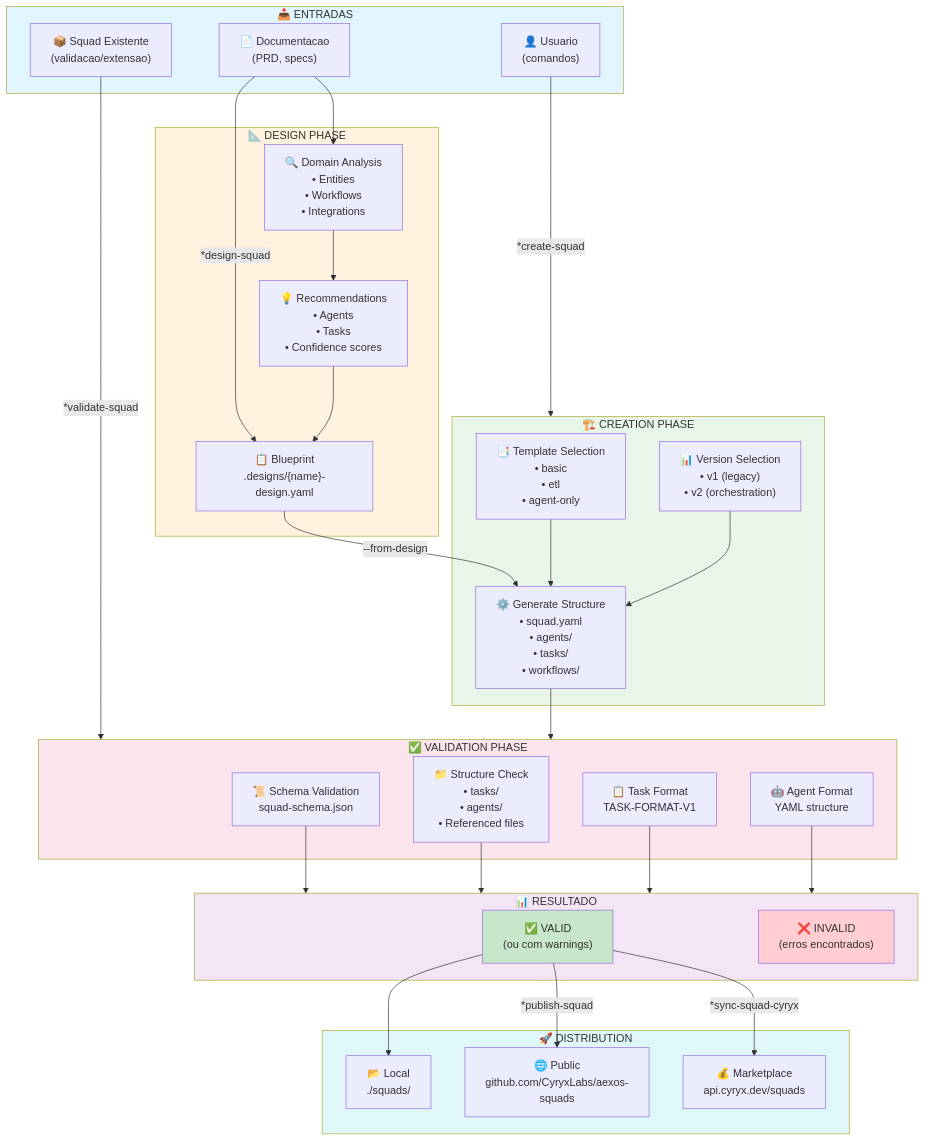
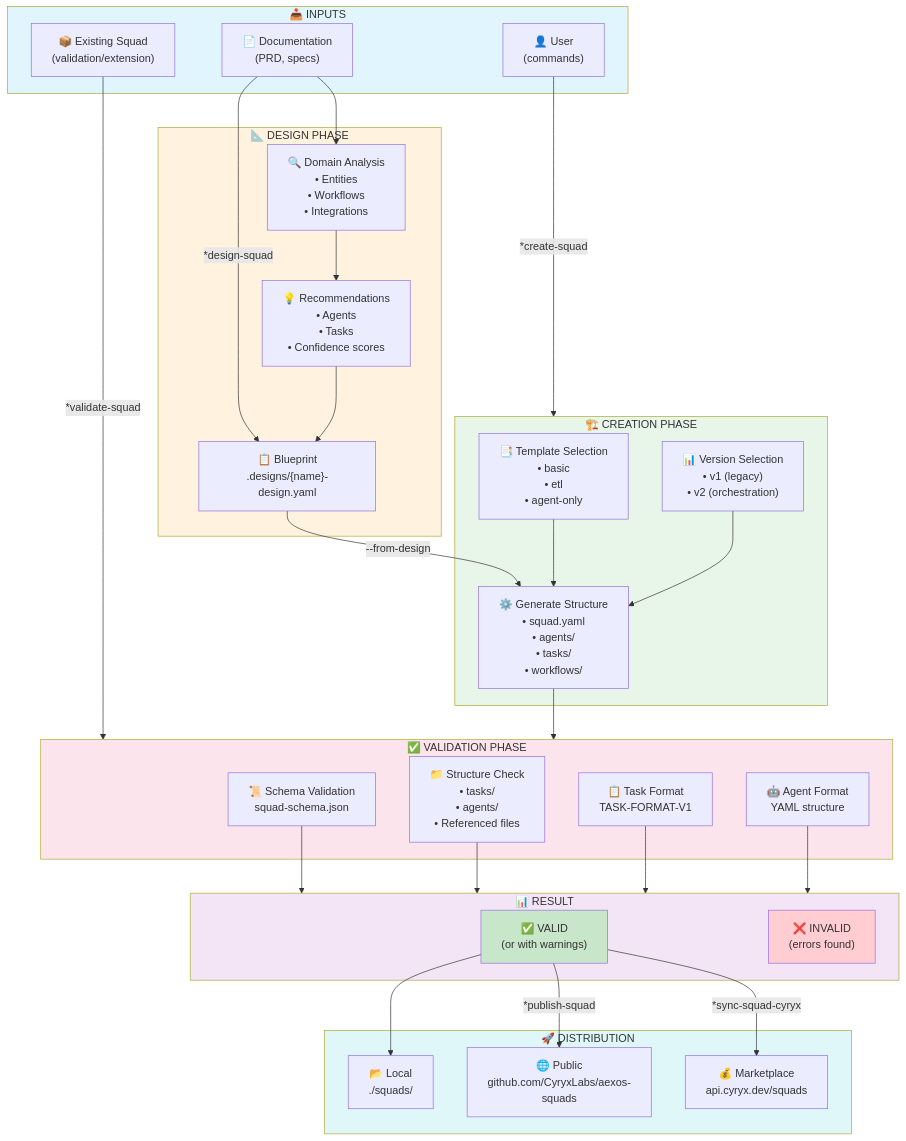
The first of 6 diagrams in docs/guides/agents/SQUAD-CREATOR-SYSTEM.md (CyryxLabs/AEXOS), drawn with Mermaid before and after one commit. The commit also changed other lines of this file and 528 other files, not shown here.

````diff
--- a/docs/guides/agents/SQUAD-CREATOR-SYSTEM.md
+++ b/docs/guides/agents/SQUAD-CREATOR-SYSTEM.md
@@ -107,69 +107,69 @@
 ```mermaid
 flowchart TB
-    subgraph INPUTS["📥 ENTRADAS"]
-        DOCS["📄 Documentacao<br/>(PRD, specs)"]
-        USER["👤 Usuario<br/>(comandos)"]
-        EXISTING["📦 Squad Existente<br/>(validacao/extensao)"]
+    subgraph INPUTS["📥 INPUTS"]
+        DOCS["📄 Documentation<br/>(PRD, specs)"]
+        USER["👤 User<br/>(commands)"]
+        EXISTING["📦 Existing Squad<br/>(validation/extension)"]
     end
 
     DOCS -->|"*design-squad"| BLUEPRINT
     USER -->|"*create-squad"| CREATE
     EXISTING -->|"*validate-squad"| VALIDATE
 
     subgraph DESIGN["📐 DESIGN PHASE"]
         BLUEPRINT["📋 Blueprint<br/>.designs/{name}-design.yaml"]
         ANALYSIS["🔍 Domain Analysis<br/>• Entities<br/>• Workflows<br/>• Integrations"]
         RECOMMEND["💡 Recommendations<br/>• Agents<br/>• Tasks<br/>• Confidence scores"]
     end
 
     DOCS --> ANALYSIS
     ANALYSIS --> RECOMMEND
     RECOMMEND --> BLUEPRINT
 
     subgraph CREATE["🏗️ CREATION PHASE"]
         TEMPLATE["📑 Template Selection<br/>• basic<br/>• etl<br/>• agent-only"]
         VERSION["📊 Version Selection<br/>• v1 (legacy)<br/>• v2 (orchestration)"]
         GENERATE["⚙️ Generate Structure<br/>• squad.yaml<br/>• agents/<br/>• tasks/<br/>• workflows/"]
     end
 
     BLUEPRINT -->|"--from-design"| GENERATE
     TEMPLATE --> GENERATE
     VERSION --> GENERATE
 
     subgraph VALIDATE["✅ VALIDATION PHASE"]
         SCHEMA["📜 Schema Validation<br/>squad-schema.json"]
         STRUCTURE["📁 Structure Check<br/>• tasks/<br/>• agents/<br/>• Referenced files"]
         TASK_FMT["📋 Task Format<br/>TASK-FORMAT-V1"]
         AGENT_FMT["🤖 Agent Format<br/>YAML structure"]
     end
 
     GENERATE --> VALIDATE
     SCHEMA --> RESULT
     STRUCTURE --> RESULT
     TASK_FMT --> RESULT
     AGENT_FMT --> RESULT
 
-    subgraph RESULT["📊 RESULTADO"]
-        VALID["✅ VALID<br/>(ou com warnings)"]
-        INVALID["❌ INVALID<br/>(erros encontrados)"]
+    subgraph RESULT["📊 RESULT"]
+        VALID["✅ VALID<br/>(or with warnings)"]
+        INVALID["❌ INVALID<br/>(errors found)"]
     end
 
     subgraph DISTRIBUTE["🚀 DISTRIBUTION"]
         LOCAL["📂 Local<br/>./squads/"]
         PUBLIC["🌐 Public<br/>github.com/CyryxLabs/aexos-squads"]
         MARKET["💰 Marketplace<br/>api.cyryx.dev/squads"]
     end
 
     VALID --> LOCAL
     VALID -->|"*publish-squad"| PUBLIC
     VALID -->|"*sync-squad-cyryx"| MARKET
 
     style INPUTS fill:#e1f5fe
     style DESIGN fill:#fff3e0
     style CREATE fill:#e8f5e9
     style VALIDATE fill:#fce4ec
     style RESULT fill:#f3e5f5
     style DISTRIBUTE fill:#e0f7fa
     style VALID fill:#c8e6c9
     style INVALID fill:#ffcdd2
 ```
````
